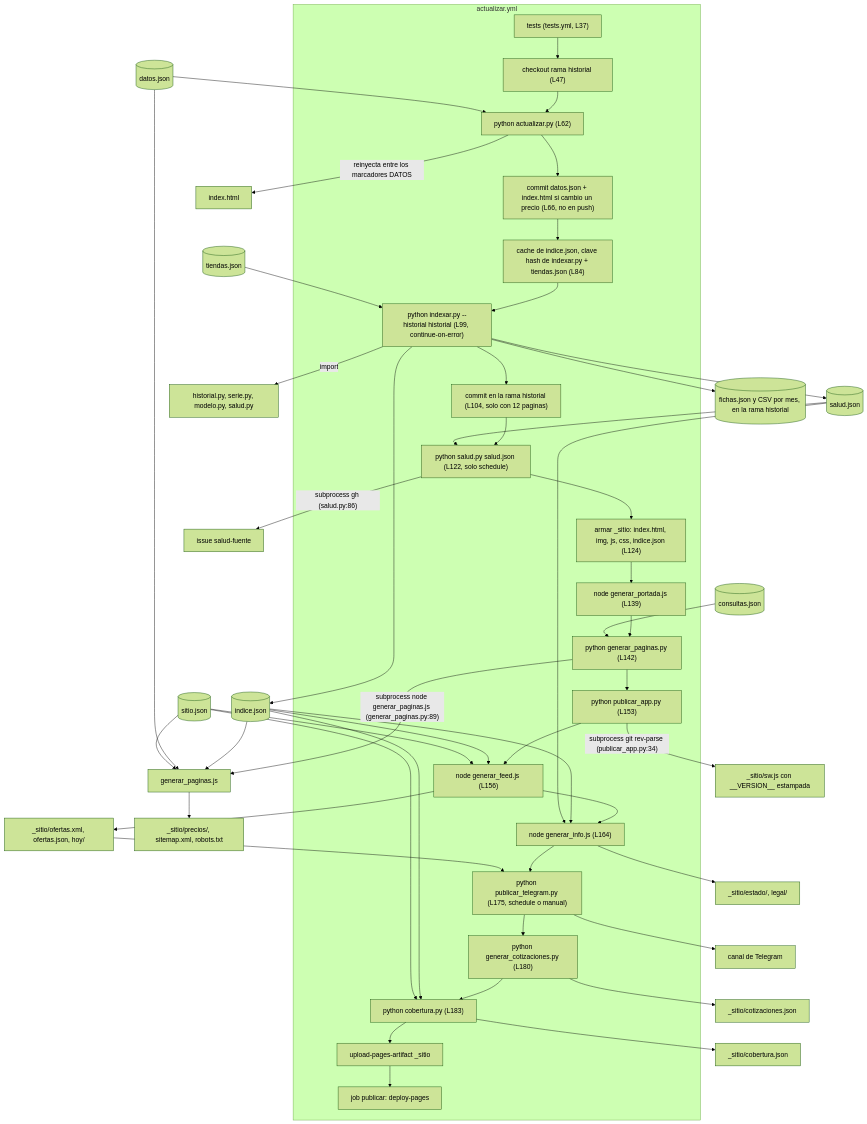
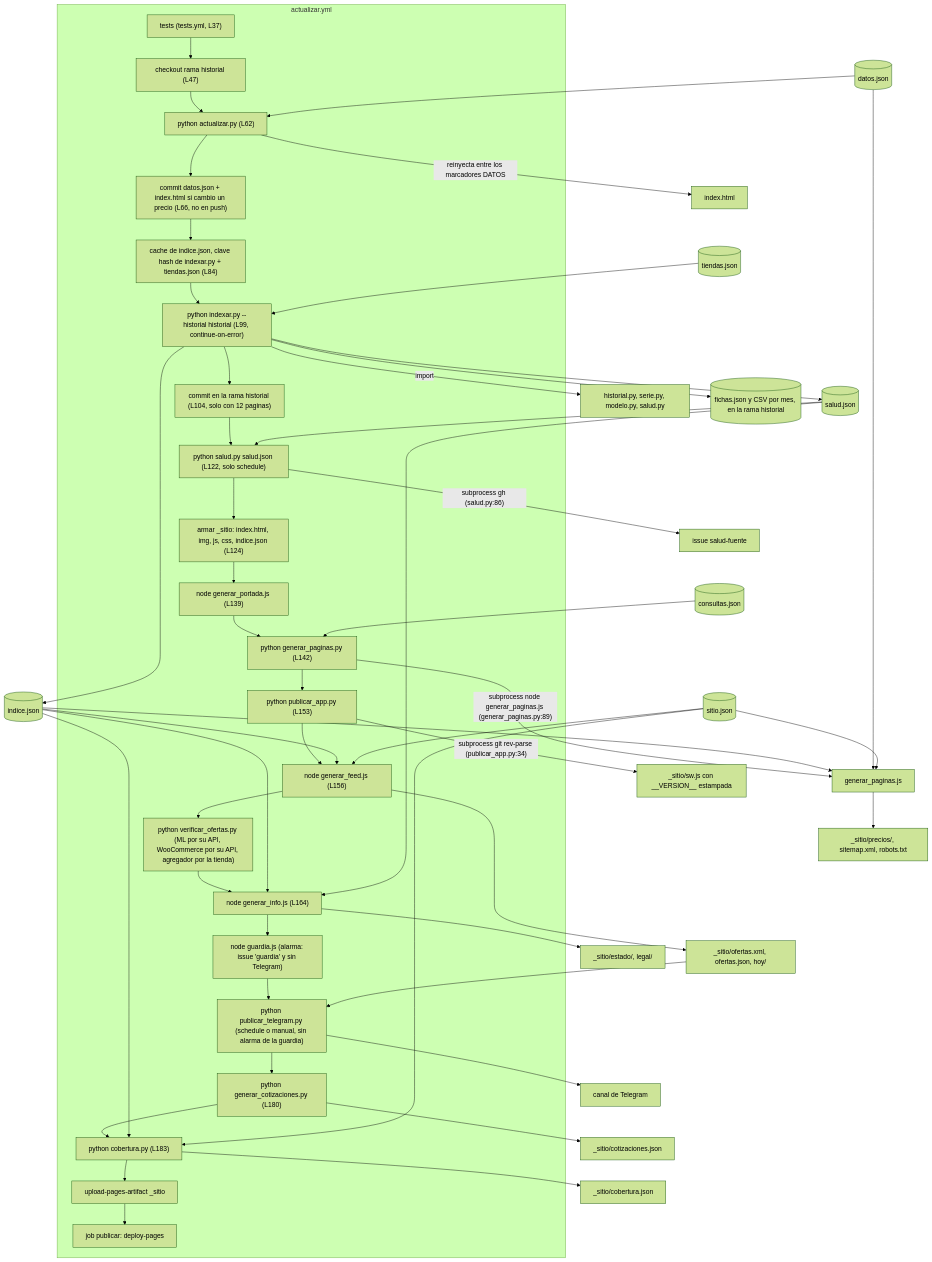
One commit to luismarceloescudero-debug/la-pichincha changed the diagram in docs/mapa.md. Above: the diagram before and after it, drawn with Mermaid (forest theme). The commit also changed other lines of this file and 5 other files, not shown here.

First line of the commit message:
Guardia del indice: alarmas con datos reales antes de mandar Telegram

````diff
--- a/docs/mapa.md
+++ b/docs/mapa.md
@@ -17,52 +17,54 @@
 ```mermaid
 flowchart TD
     subgraph WF["actualizar.yml"]
         T["tests (tests.yml, L37)"] --> H["checkout rama historial (L47)"]
         H --> A["python actualizar.py (L62)"]
         A --> AC["commit datos.json + index.html si cambio un precio (L66, no en push)"]
         AC --> CA["cache de indice.json, clave hash de indexar.py + tiendas.json (L84)"]
         CA --> IX["python indexar.py --historial historial (L99, continue-on-error)"]
         IX --> HC["commit en la rama historial (L104, solo con 12 paginas)"]
         HC --> SA["python salud.py salud.json (L122, solo schedule)"]
         SA --> PS["armar _sitio: index.html, img, js, css, indice.json (L124)"]
         PS --> PO["node generar_portada.js (L139)"]
         PO --> GP["python generar_paginas.py (L142)"]
         GP --> PA["python publicar_app.py (L153)"]
         PA --> FE["node generar_feed.js (L156)"]
-        FE --> IN["node generar_info.js (L164)"]
-        IN --> TG["python publicar_telegram.py (L175, schedule o manual)"]
+        FE --> VO["python verificar_ofertas.py (ML por su API, WooCommerce por su API, agregador por la tienda)"]
+        VO --> IN["node generar_info.js (L164)"]
+        IN --> GU["node guardia.js (alarma: issue 'guardia' y sin Telegram)"]
+        GU --> TG["python publicar_telegram.py (schedule o manual, sin alarma de la guardia)"]
         TG --> CO["python generar_cotizaciones.py (L180)"]
         CO --> CB["python cobertura.py (L183)"]
         CB --> UP["upload-pages-artifact _sitio"]
         UP --> DP["job publicar: deploy-pages"]
     end
 
     DJ[("datos.json")] --> A
     A -- "reinyecta entre los marcadores DATOS" --> IH["index.html"]
     TJ[("tiendas.json")] --> IX
     IX -- "import" --> MOD["historial.py, serie.py, modelo.py, salud.py"]
     IX --> IJ[("indice.json")]
     IX --> SJ[("salud.json")]
     IX --> FJ[("fichas.json y CSV por mes, en la rama historial")]
     SJ --> SA
     SA -- "subprocess gh (salud.py:86)" --> IS["issue salud-fuente"]
     CJ[("consultas.json")] --> GP
     GP -- "subprocess node generar_paginas.js (generar_paginas.py:89)" --> GPJ["generar_paginas.js"]
     IJ --> GPJ
     DJ --> GPJ
     GPJ --> PR["_sitio/precios/, sitemap.xml, robots.txt"]
     PA -- "subprocess git rev-parse (publicar_app.py:34)" --> SW["_sitio/sw.js con __VERSION__ estampada"]
     IJ --> FE
     FE --> OF["_sitio/ofertas.xml, ofertas.json, hoy/"]
     OF --> TG
     TG --> TEL["canal de Telegram"]
     IJ --> IN
     SJ --> IN
     IN --> EL["_sitio/estado/, legal/"]
     CO --> CT["_sitio/cotizaciones.json"]
     IJ --> CB
     CB --> CJS["_sitio/cobertura.json"]
     ST[("sitio.json")] --> GPJ
     ST --> FE
     ST --> CB
 ```
````
